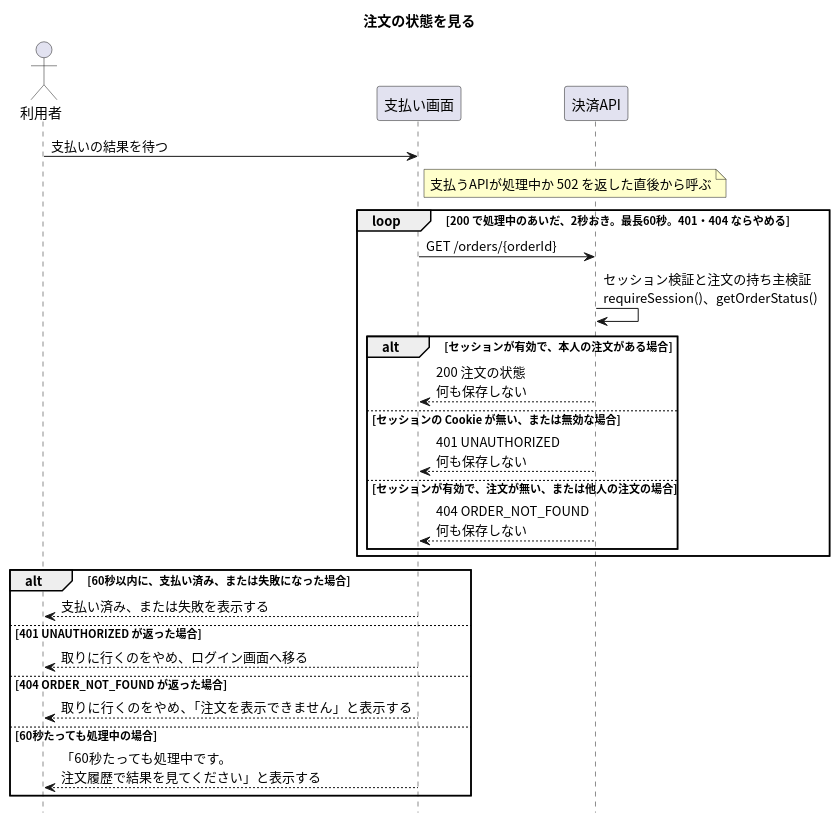
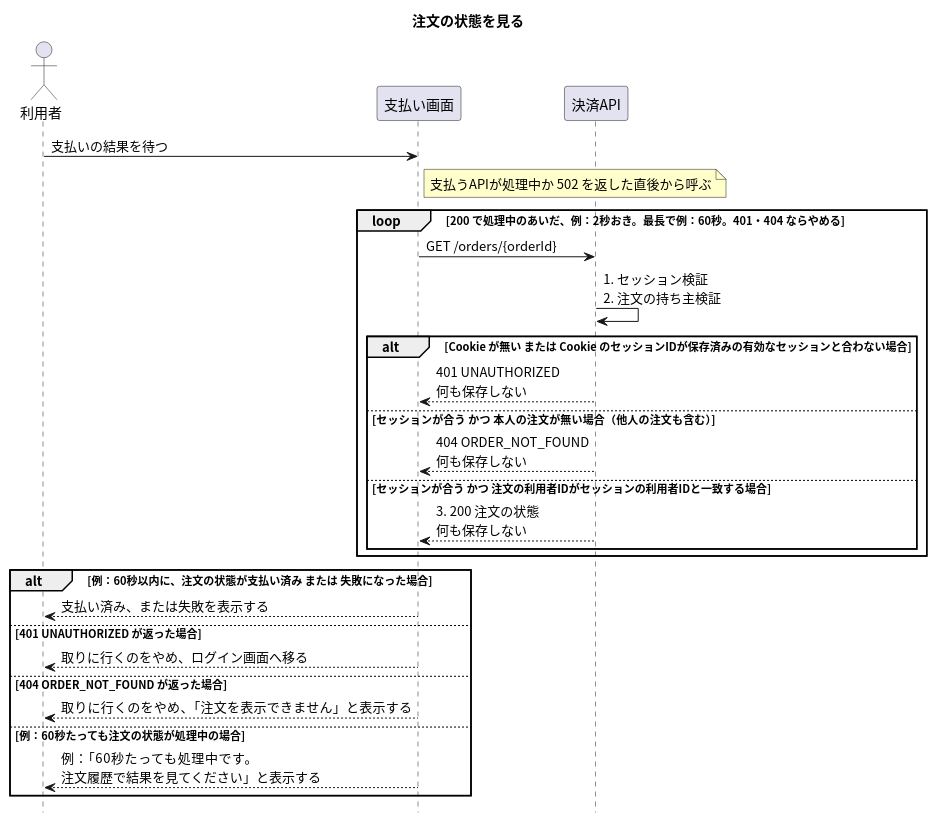
One commit to masamasamasato/design-doc-template changed the diagram in apis/get-order/入口.puml. Above: the diagram before and after it, drawn with PlantUML. The commit also changed 28 other files, not shown here.

```diff
--- a/apis/get-order/入口.puml
+++ b/apis/get-order/入口.puml
@@ -1,36 +1,36 @@
 @startuml
 skinparam shadowing false
 skinparam defaultFontName "Noto Sans CJK JP"
 skinparam SequenceFontName "Noto Sans CJK JP"
 skinparam NoteBackgroundColor #FFFFCC
 hide footbox
 
 title 注文の状態を見る
 
 actor "利用者" as User
 participant "支払い画面" as Screen
 participant "決済API" as API
 
 User -> Screen : 支払いの結果を待つ
 note right of Screen : 支払うAPIが処理中か 502 を返した直後から呼ぶ
-loop 200 で処理中のあいだ、2秒おき。最長60秒。401・404 ならやめる
+loop 200 で処理中のあいだ、例：2秒おき。最長で例：60秒。401・404 ならやめる
   Screen -> API : GET /orders/{orderId}
-  API -> API : セッション検証と注文の持ち主検証\nrequireSession()、getOrderStatus()
-  alt セッションが有効で、本人の注文がある場合
-    API --> Screen : 200 注文の状態\n何も保存しない
-  else セッションの Cookie が無い、または無効な場合
+  API -> API : 1. セッション検証\n2. 注文の持ち主検証
+  alt Cookie が無い または Cookie のセッションIDが保存済みの有効なセッションと合わない場合
     API --> Screen : 401 UNAUTHORIZED\n何も保存しない
-  else セッションが有効で、注文が無い、または他人の注文の場合
+  else セッションが合う かつ 本人の注文が無い場合（他人の注文も含む）
     API --> Screen : 404 ORDER_NOT_FOUND\n何も保存しない
+  else セッションが合う かつ 注文の利用者IDがセッションの利用者IDと一致する場合
+    API --> Screen : 3. 200 注文の状態\n何も保存しない
   end
 end
-alt 60秒以内に、支払い済み、または失敗になった場合
+alt 例：60秒以内に、注文の状態が支払い済み または 失敗になった場合
   Screen --> User : 支払い済み、または失敗を表示する
 else 401 UNAUTHORIZED が返った場合
   Screen --> User : 取りに行くのをやめ、ログイン画面へ移る
 else 404 ORDER_NOT_FOUND が返った場合
   Screen --> User : 取りに行くのをやめ、「注文を表示できません」と表示する
-else 60秒たっても処理中の場合
-  Screen --> User : 「60秒たっても処理中です。\n注文履歴で結果を見てください」と表示する
+else 例：60秒たっても注文の状態が処理中の場合
+  Screen --> User : 例：「60秒たっても処理中です。\n注文履歴で結果を見てください」と表示する
 end
 @enduml
```
